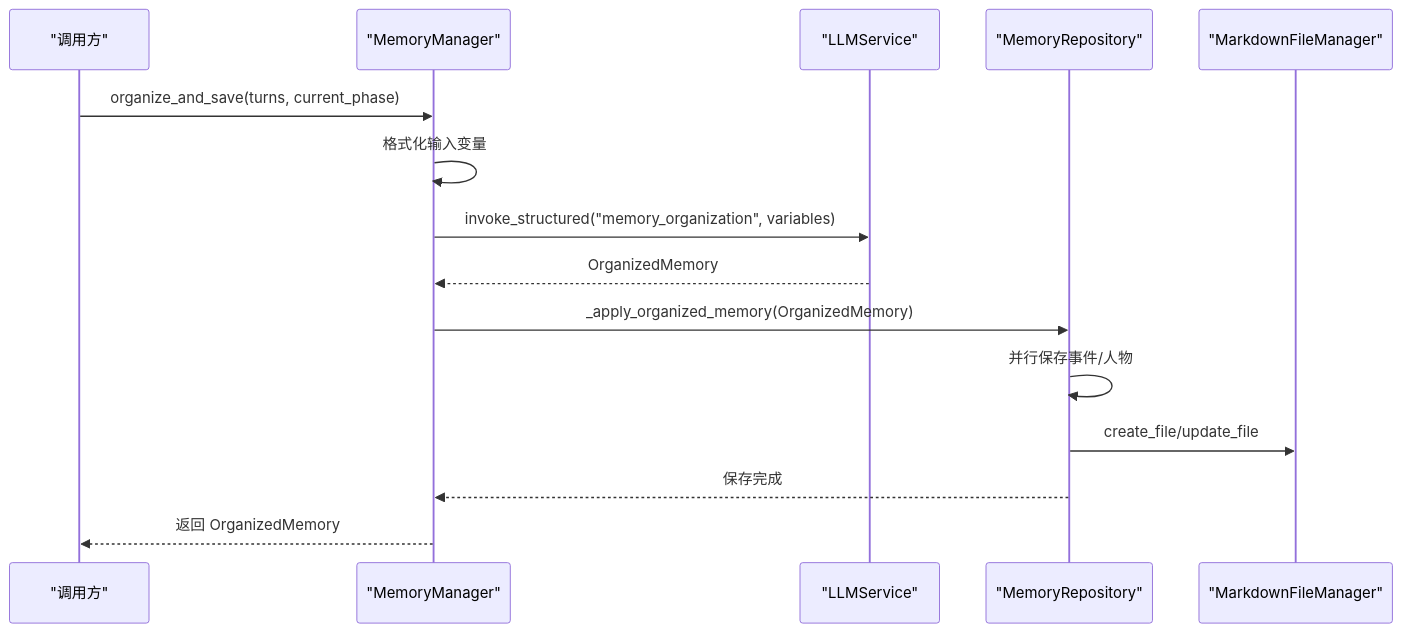
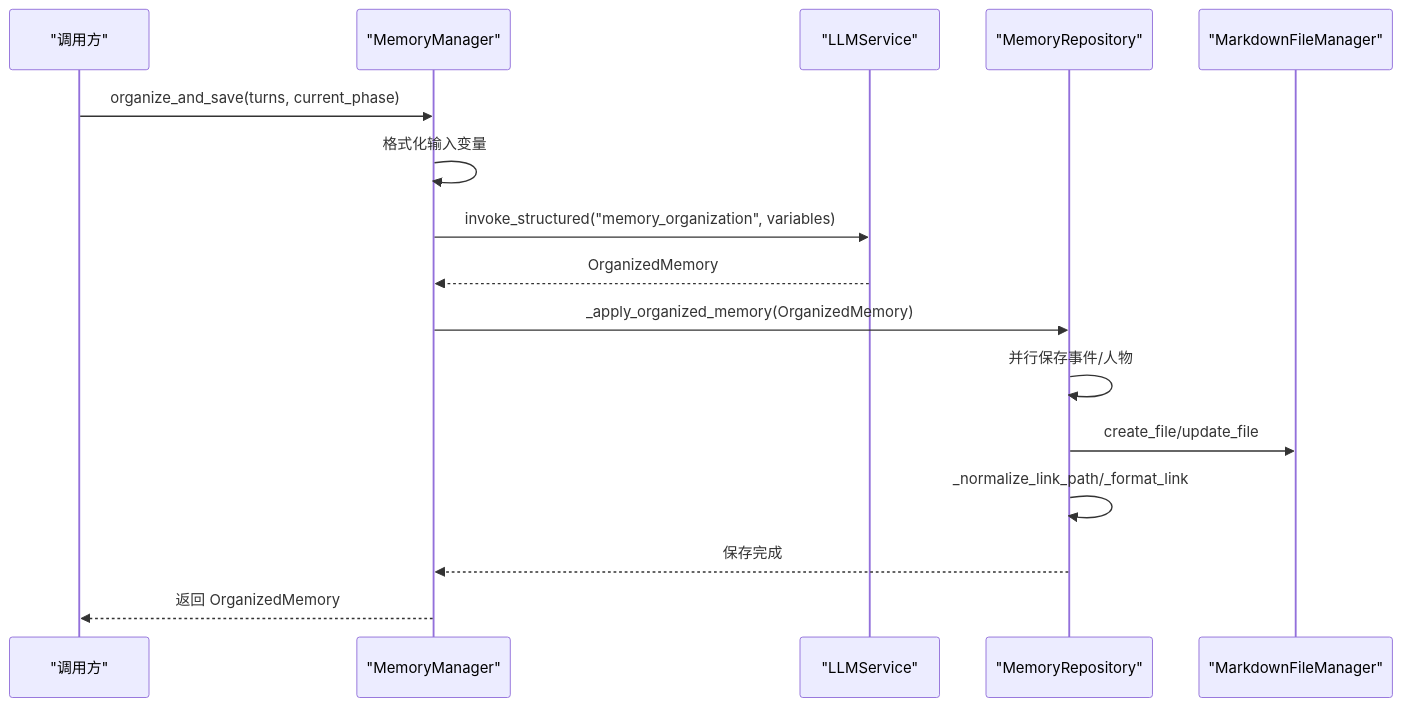
One commit to WangYiKai1017/zizuan changed the third of 7 diagrams in .qoder/repowiki/zh/content/记忆管理系统/记忆管理系统.md. Above: the diagram before and after it, drawn with Mermaid. The commit also changed other lines of this file and 99 other files, not shown here.

````diff
--- a/.qoder/repowiki/zh/content/记忆管理系统/记忆管理系统.md
+++ b/.qoder/repowiki/zh/content/记忆管理系统/记忆管理系统.md
@@ -180,17 +196,18 @@
 ```mermaid
 sequenceDiagram
 participant U as "调用方"
 participant MM as "MemoryManager"
 participant LLM as "LLMService"
 participant MR as "MemoryRepository"
 participant MFM as "MarkdownFileManager"
 U->>MM : organize_and_save(turns, current_phase)
 MM->>MM : 格式化输入变量
 MM->>LLM : invoke_structured("memory_organization", variables)
 LLM-->>MM : OrganizedMemory
 MM->>MR : _apply_organized_memory(OrganizedMemory)
 MR->>MR : 并行保存事件/人物
 MR->>MFM : create_file/update_file
+MR->>MR : _normalize_link_path/_format_link
 MR-->>MM : 保存完成
 MM-->>U : 返回 OrganizedMemory
 ```
````
